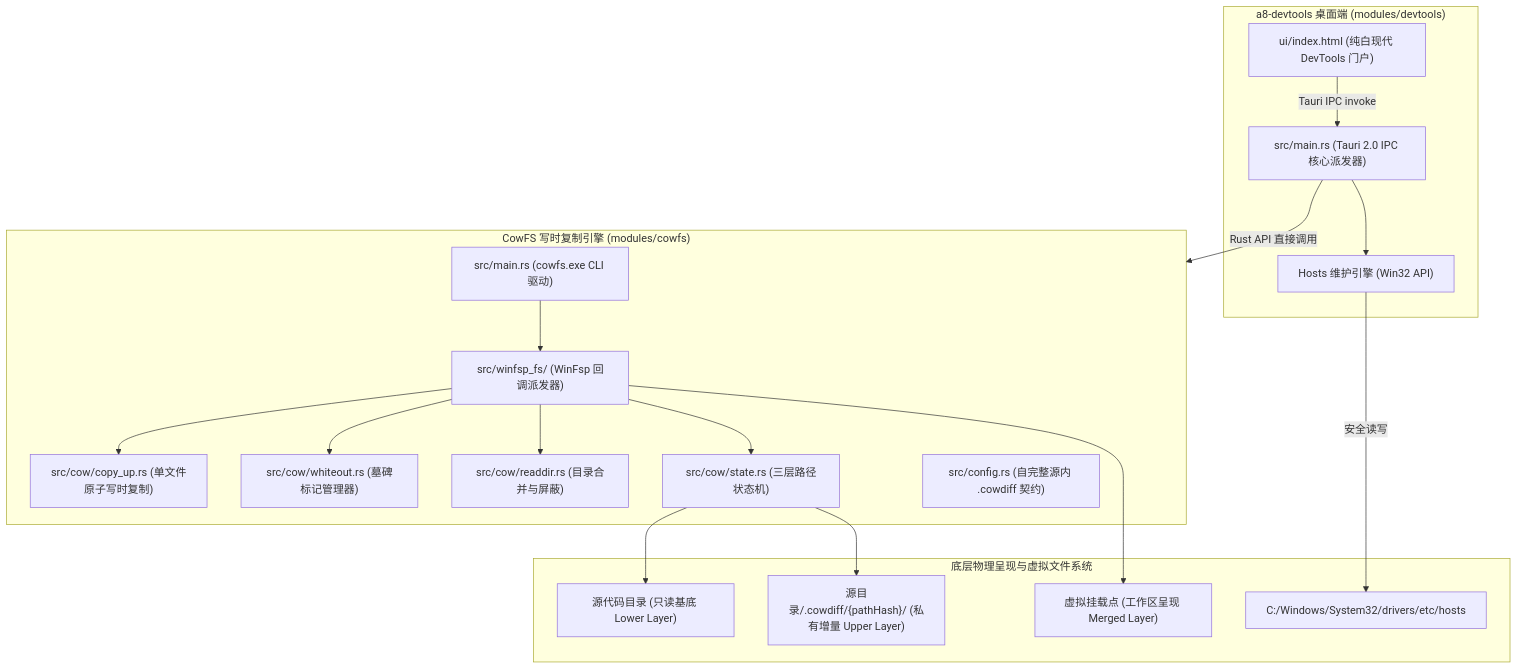
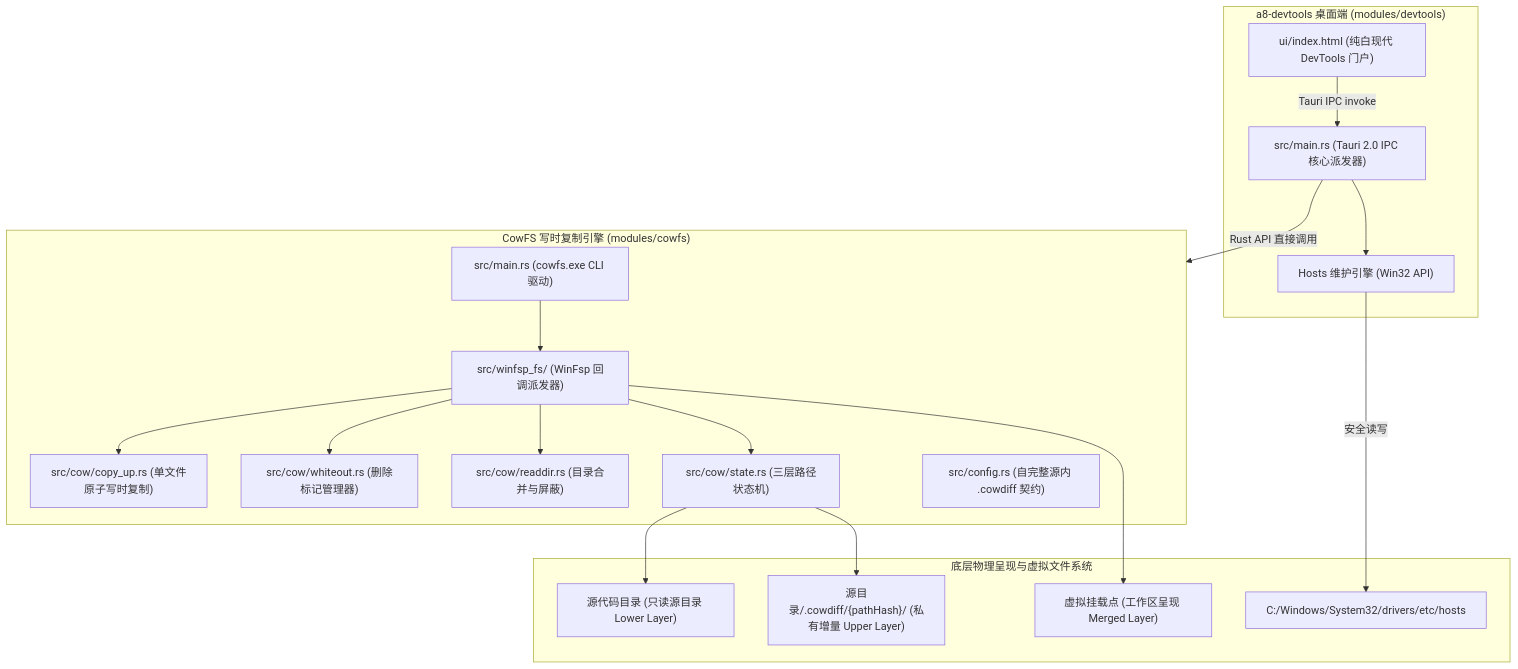
One commit to 007slm/a8-devtools changed the diagram in README.md. Above: the diagram before and after it, drawn with Mermaid. The commit also changed other lines of this file and 26 other files, not shown here.

````diff
--- a/README.md
+++ b/README.md
@@ -61,38 +61,38 @@
 ```mermaid
 graph TD
     subgraph UI["a8-devtools 桌面端 (modules/devtools)"]
         FrontEnd["ui/index.html (纯白现代 DevTools 门户)"]
         TauriCore["src/main.rs (Tauri 2.0 IPC 核心派发器)"]
         ModHosts["Hosts 维护引擎 (Win32 API)"]
     end
 
     subgraph CowEngine["CowFS 写时复制引擎 (modules/cowfs)"]
         CLI["src/main.rs (cowfs.exe CLI 驱动)"]
         WinFspContext["src/winfsp_fs/ (WinFsp 回调派发器)"]
         CopyUp["src/cow/copy_up.rs (单文件原子写时复制)"]
-        Whiteout["src/cow/whiteout.rs (墓碑标记管理器)"]
+        Whiteout["src/cow/whiteout.rs (删除标记管理器)"]
         Readdir["src/cow/readdir.rs (目录合并与屏蔽)"]
         State["src/cow/state.rs (三层路径状态机)"]
         Meta["src/config.rs (自完整源内 .cowdiff 契约)"]
     end
 
     subgraph Storage["底层物理呈现与虚拟文件系统"]
-        SourceRepo["源代码目录 (只读基底 Lower Layer)"]
+        SourceRepo["源代码目录 (只读源目录 Lower Layer)"]
         CowDiff["源目录/.cowdiff/{pathHash}/ (私有增量 Upper Layer)"]
         MountPoint["虚拟挂载点 (工作区呈现 Merged Layer)"]
         HostsFile["C:/Windows/System32/drivers/etc/hosts"]
     end
 
     FrontEnd -->|Tauri IPC invoke| TauriCore
     TauriCore --> ModHosts
     TauriCore -->|Rust API 直接调用| CowEngine
     ModHosts -->|安全读写| HostsFile
     CLI --> WinFspContext
     WinFspContext --> CopyUp
     WinFspContext --> Whiteout
     WinFspContext --> Readdir
     WinFspContext --> State
     State --> SourceRepo
     State --> CowDiff
     WinFspContext --> MountPoint
 ```
````
